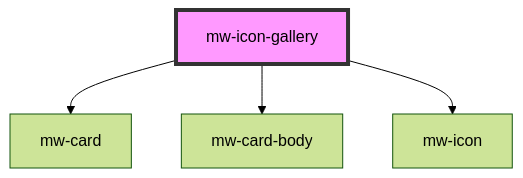
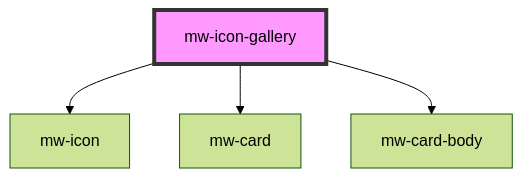
The diagram in tlm-stencil/src/components/mw-icon-gallery/readme.md (MaibornWolff/mwui), drawn with Mermaid (forest theme) before and after one commit. The commit also changed other lines of this file and 30 other files, not shown here.

Commit message:
add icon-gallery

````diff
--- a/tlm-stencil/src/components/mw-icon-gallery/readme.md
+++ b/tlm-stencil/src/components/mw-icon-gallery/readme.md
@@ -17,7 +17,7 @@
 ```mermaid
 graph TD;
+  mw-icon-gallery --> mw-icon
   mw-icon-gallery --> mw-card
   mw-icon-gallery --> mw-card-body
-  mw-icon-gallery --> mw-icon
   style mw-icon-gallery fill:#f9f,stroke:#333,stroke-width:4px
 ```
````
